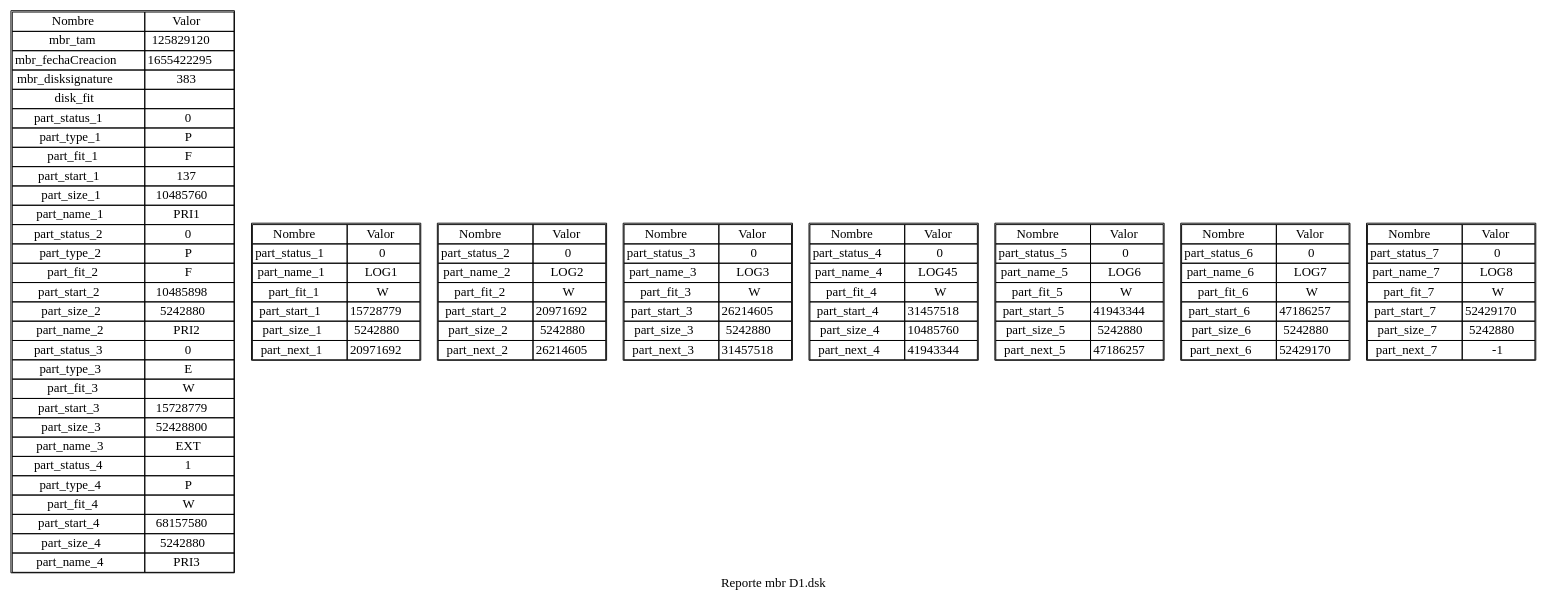
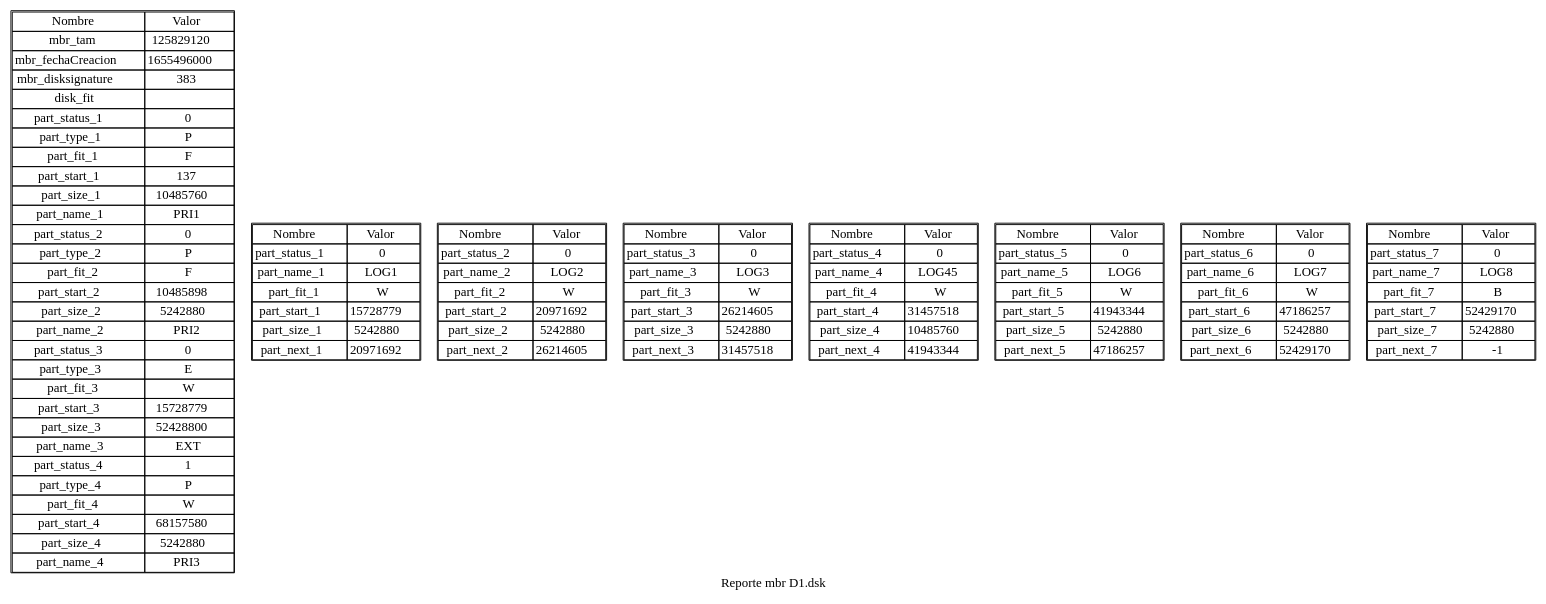
Before and after one commit to davdprado/-MIA-Proyecto1: the diagram in graficaD.dot, drawn with Graphviz. The commit also changed 8 other files, not shown here.

```diff
--- a/graficaD.dot
+++ b/graficaD.dot
@@ -1,123 +1,123 @@
 digraph G{
 graph [label = "Reporte mbr D1.dsk"];
 node[shape=plain]
 randir=TB
 mbr[label=<
 <table border="1" cellborder="1" cellspacing="0">
 <tr><td>Nombre</td><td>Valor</td></tr>
 <tr><td>mbr_tam</td><td>125829120</td></tr>
-<tr><td>mbr_fechaCreacion</td><td>1655422295</td></tr>
+<tr><td>mbr_fechaCreacion</td><td>1655496000</td></tr>
 <tr><td>mbr_disksignature</td><td>383</td></tr>
 <tr><td>disk_fit</td><td></td></tr>
 <tr><td>part_status_1</td><td>0</td></tr>
 <tr><td>part_type_1</td><td>P</td></tr>
 <tr><td>part_fit_1</td><td>F</td></tr>
 <tr><td>part_start_1</td><td>137</td></tr>
 <tr><td>part_size_1</td><td>10485760</td></tr>
 <tr><td>part_name_1</td><td>PRI1</td></tr>
 <tr><td>part_status_2</td><td>0</td></tr>
 <tr><td>part_type_2</td><td>P</td></tr>
 <tr><td>part_fit_2</td><td>F</td></tr>
 <tr><td>part_start_2</td><td>10485898</td></tr>
 <tr><td>part_size_2</td><td>5242880</td></tr>
 <tr><td>part_name_2</td><td>PRI2</td></tr>
 <tr><td>part_status_3</td><td>0</td></tr>
 <tr><td>part_type_3</td><td>E</td></tr>
 <tr><td>part_fit_3</td><td>W</td></tr>
 <tr><td>part_start_3</td><td>15728779</td></tr>
 <tr><td>part_size_3</td><td>52428800</td></tr>
 <tr><td>part_name_3</td><td>EXT</td></tr>
 <tr><td>part_status_4</td><td>1</td></tr>
 <tr><td>part_type_4</td><td>P</td></tr>
 <tr><td>part_fit_4</td><td>W</td></tr>
 <tr><td>part_start_4</td><td>68157580</td></tr>
 <tr><td>part_size_4</td><td>5242880</td></tr>
 <tr><td>part_name_4</td><td>PRI3</td></tr>
 
 </table>
 >];
 EBR1[label=<
 <table border="1" cellborder="1" cellspacing="0">
 <tr><td>Nombre</td><td>Valor</td></tr>
 <tr><td>part_status_1</td><td>0</td></tr>
 <tr><td>part_name_1</td><td>LOG1</td></tr>
 <tr><td>part_fit_1</td><td>W</td></tr>
 <tr><td>part_start_1</td><td>15728779</td></tr>
 <tr><td>part_size_1</td><td>5242880</td></tr>
 <tr><td>part_next_1</td><td>20971692</td></tr>
 
 </table>
 >];
 EBR2[label=<
 <table border="1" cellborder="1" cellspacing="0">
 <tr><td>Nombre</td><td>Valor</td></tr>
 <tr><td>part_status_2</td><td>0</td></tr>
 <tr><td>part_name_2</td><td>LOG2</td></tr>
 <tr><td>part_fit_2</td><td>W</td></tr>
 <tr><td>part_start_2</td><td>20971692</td></tr>
 <tr><td>part_size_2</td><td>5242880</td></tr>
 <tr><td>part_next_2</td><td>26214605</td></tr>
 
 </table>
 >];
 EBR3[label=<
 <table border="1" cellborder="1" cellspacing="0">
 <tr><td>Nombre</td><td>Valor</td></tr>
 <tr><td>part_status_3</td><td>0</td></tr>
 <tr><td>part_name_3</td><td>LOG3</td></tr>
 <tr><td>part_fit_3</td><td>W</td></tr>
 <tr><td>part_start_3</td><td>26214605</td></tr>
 <tr><td>part_size_3</td><td>5242880</td></tr>
 <tr><td>part_next_3</td><td>31457518</td></tr>
 
 </table>
 >];
 EBR4[label=<
 <table border="1" cellborder="1" cellspacing="0">
 <tr><td>Nombre</td><td>Valor</td></tr>
 <tr><td>part_status_4</td><td>0</td></tr>
 <tr><td>part_name_4</td><td>LOG45</td></tr>
 <tr><td>part_fit_4</td><td>W</td></tr>
 <tr><td>part_start_4</td><td>31457518</td></tr>
 <tr><td>part_size_4</td><td>10485760</td></tr>
 <tr><td>part_next_4</td><td>41943344</td></tr>
 
 </table>
 >];
 EBR5[label=<
 <table border="1" cellborder="1" cellspacing="0">
 <tr><td>Nombre</td><td>Valor</td></tr>
 <tr><td>part_status_5</td><td>0</td></tr>
 <tr><td>part_name_5</td><td>LOG6</td></tr>
 <tr><td>part_fit_5</td><td>W</td></tr>
 <tr><td>part_start_5</td><td>41943344</td></tr>
 <tr><td>part_size_5</td><td>5242880</td></tr>
 <tr><td>part_next_5</td><td>47186257</td></tr>
 
 </table>
 >];
 EBR6[label=<
 <table border="1" cellborder="1" cellspacing="0">
 <tr><td>Nombre</td><td>Valor</td></tr>
 <tr><td>part_status_6</td><td>0</td></tr>
 <tr><td>part_name_6</td><td>LOG7</td></tr>
 <tr><td>part_fit_6</td><td>W</td></tr>
 <tr><td>part_start_6</td><td>47186257</td></tr>
 <tr><td>part_size_6</td><td>5242880</td></tr>
 <tr><td>part_next_6</td><td>52429170</td></tr>
 
 </table>
 >];
 EBR7[label=<
 <table border="1" cellborder="1" cellspacing="0">
 <tr><td>Nombre</td><td>Valor</td></tr>
 <tr><td>part_status_7</td><td>0</td></tr>
 <tr><td>part_name_7</td><td>LOG8</td></tr>
-<tr><td>part_fit_7</td><td>W</td></tr>
+<tr><td>part_fit_7</td><td>B</td></tr>
 <tr><td>part_start_7</td><td>52429170</td></tr>
 <tr><td>part_size_7</td><td>5242880</td></tr>
 <tr><td>part_next_7</td><td>-1</td></tr>
 
 </table>
 >];
 }
```
